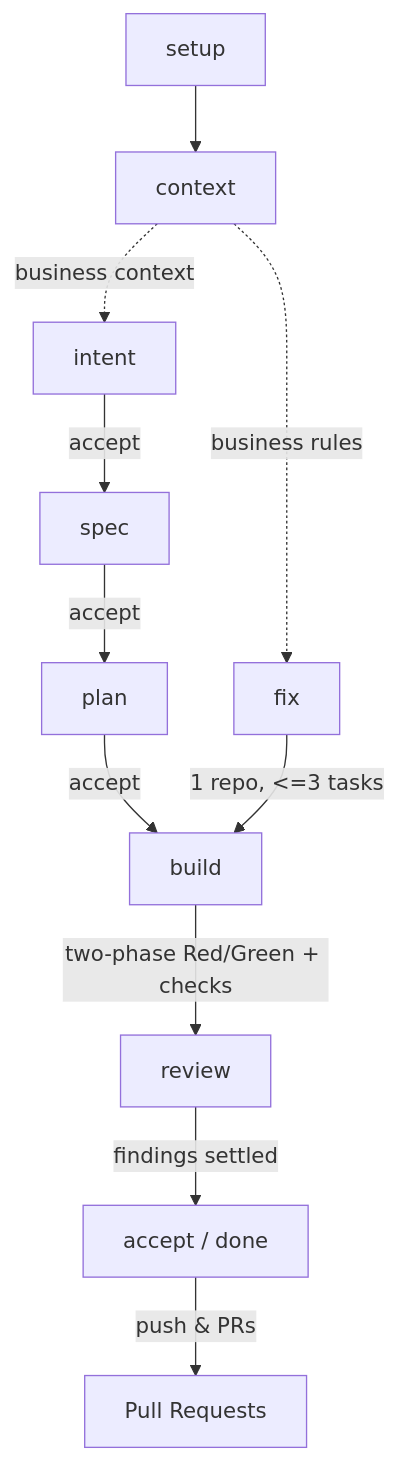
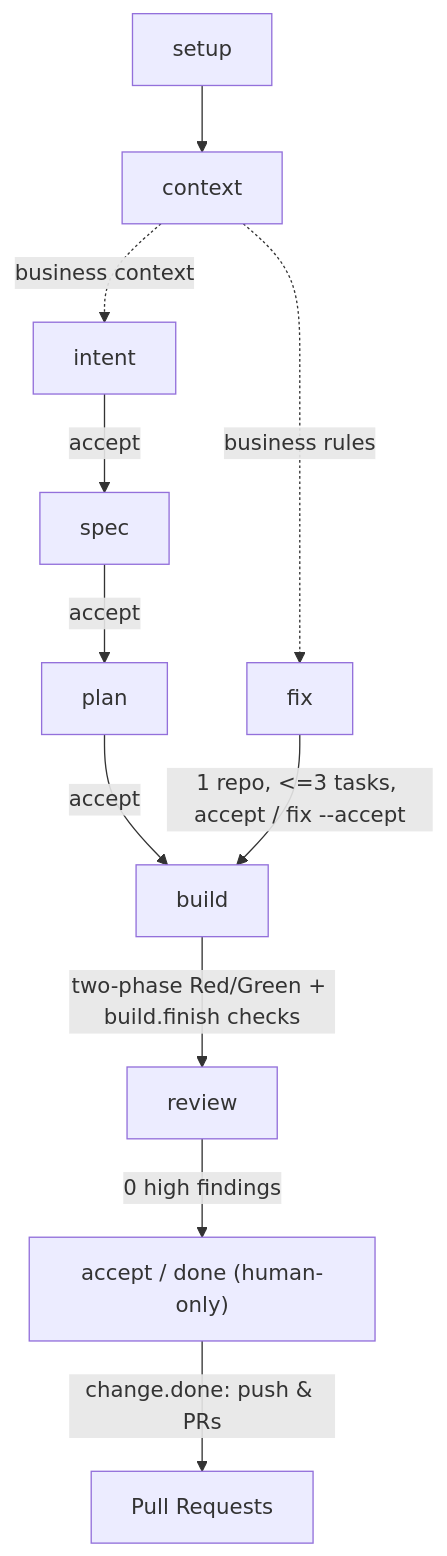
One commit to satish-krishna/Hoshin.Net changed the second of 2 diagrams in README.md. Above: the diagram before and after it, drawn with Mermaid. The commit also changed other lines of this file and 260 other files, not shown here.

Commit message:
fix(workflow)!: address review findings (#5)

````diff
--- a/README.md
+++ b/README.md
@@ -36,13 +36,13 @@
 ```mermaid
 flowchart TD
     setup --> context
     context -. business context .-> intent
     intent -->|accept| spec
     spec -->|accept| plan
     plan -->|accept| build
     context -. business rules .-> fix
-    fix -->|1 repo, <=3 tasks| build
-    build -->|two-phase Red/Green + checks| review
-    review -->|findings settled| accept["accept / done"]
-    accept -->|push & PRs| PRs["Pull Requests"]
+    fix -->|1 repo, <=3 tasks, accept / fix --accept| build
+    build -->|two-phase Red/Green + build.finish checks| review
+    review -->|0 high findings| accept["accept / done (human-only)"]
+    accept -->|change.done: push & PRs| PRs["Pull Requests"]
 ```
````
